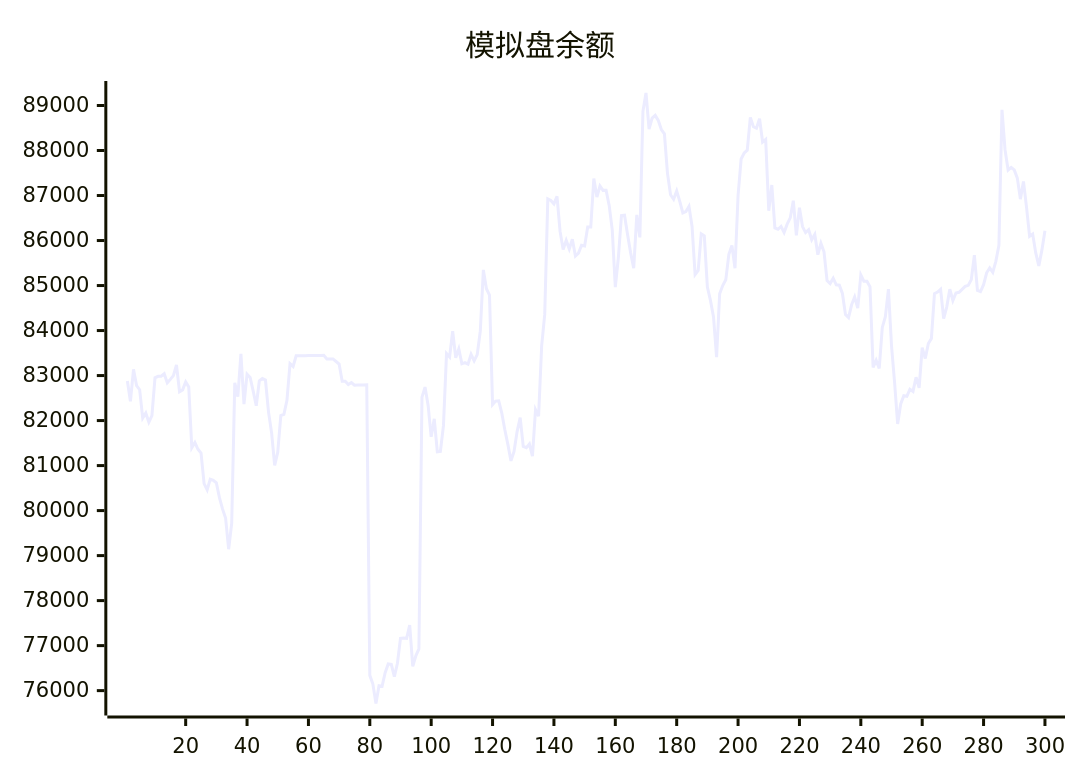
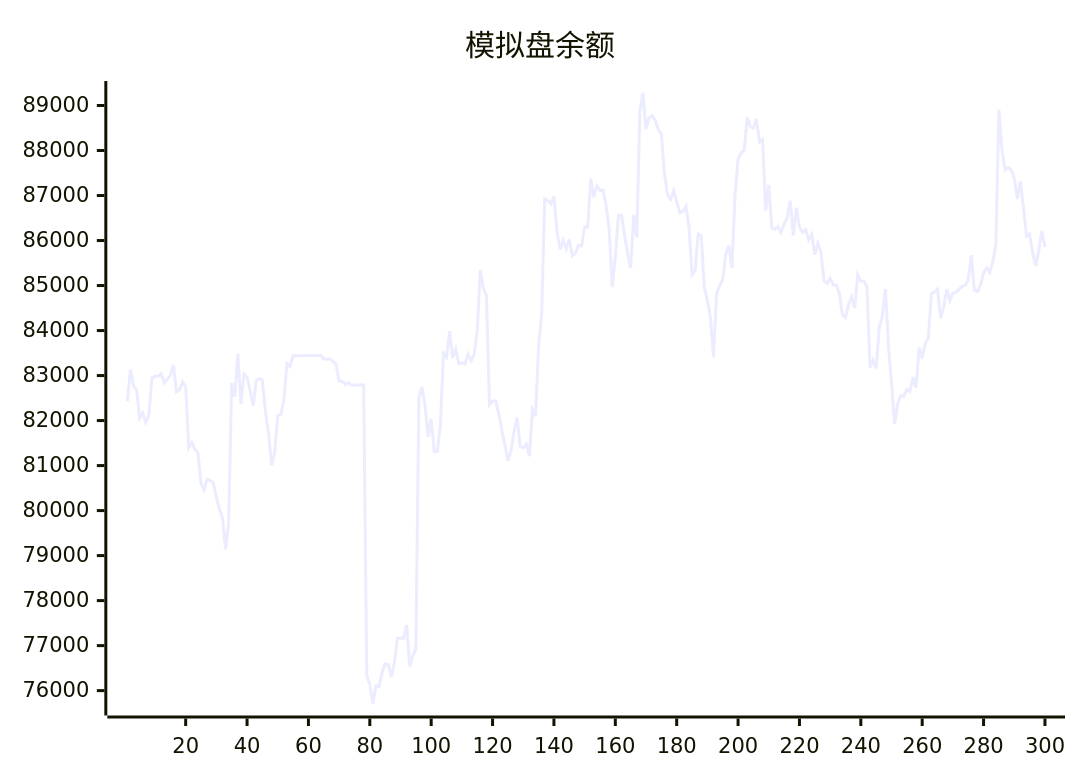
One commit to aahl/ai-trading changed the diagram in README.md. Above: the diagram before and after it, drawn with Mermaid. The commit also changed other lines of this file and 1 other file, not shown here.

````diff
--- a/README.md
+++ b/README.md
@@ -5,5 +5,5 @@
 ```mermaid
 xychart
     title "模拟盘余额"
-    line [82878,82426,83139,82778,82686,82056,82166,81963,82110,82951,82983,82984,83038,82838,82915,82998,83235,82642,82682,82858,82746,81396,81512,81362,81277,80600,80461,80699,80673,80616,80288,80038,79836,79142,79722,82837,82533,83480,82366,83032,82960,82654,82330,82883,82934,82901,82188,81728,81005,81298,82110,82135,82449,83264,83203,83440,83439,83440,83440,83446,83447,83448,83447,83448,83449,83369,83369,83369,83313,83256,82872,82873,82801,82844,82785,82791,82791,82793,82794,76339,76145,75714,76110,76096,76397,76594,76585,76310,76607,77160,77170,77160,77456,76541,76774,76927,82520,82744,82337,81639,82040,81307,81314,81887,83490,83414,83984,83396,83594,83261,83287,83253,83470,83327,83465,83987,85348,84930,84786,82355,82433,82438,82167,81795,81466,81105,81315,81756,82064,81426,81398,81481,81210,82242,82099,83658,84359,86925,86892,86814,86980,86203,85802,86003,85811,86028,85657,85721,85896,85880,86300,86299,87378,86965,87214,87115,87118,86780,86238,84966,85623,86555,86562,86129,85722,85387,86569,86070,88870,89278,88477,88720,88781,88668,88467,88372,87493,87018,86917,87102,86870,86613,86644,86758,86317,85242,85334,86149,86106,84968,84671,84302,83410,84816,85001,85127,85693,85891,85384,87001,87811,87945,88007,88734,88528,88495,88705,88189,88248,86662,87234,86279,86251,86314,86177,86364,86503,86886,86114,86731,86310,86176,86240,86017,86136,85685,85938,85749,85111,85044,85164,85016,85008,84824,84354,84287,84572,84745,84500,85234,85096,85095,84970,83180,83338,83157,84070,84309,84922,83667,82850,81924,82369,82552,82539,82695,82648,82962,82728,83619,83378,83710,83825,84819,84854,84917,84265,84527,84919,84668,84834,84850,84916,84981,85004,85131,85674,84891,84864,85019,85284,85393,85294,85538,85894,88904,88012,87567,87625,87568,87386,86920,87313,86737,86094,86143,85725,85437,85787,86219]
+    line [82426,83139,82778,82686,82056,82166,81963,82110,82951,82983,82984,83038,82838,82915,82998,83235,82642,82682,82858,82746,81396,81512,81362,81277,80600,80461,80699,80673,80616,80288,80038,79836,79142,79722,82837,82533,83480,82366,83032,82960,82654,82330,82883,82934,82901,82188,81728,81005,81298,82110,82135,82449,83264,83203,83440,83439,83440,83440,83446,83447,83448,83447,83448,83449,83369,83369,83369,83313,83256,82872,82873,82801,82844,82785,82791,82791,82793,82794,76339,76145,75714,76110,76096,76397,76594,76585,76310,76607,77160,77170,77160,77456,76541,76774,76927,82520,82744,82337,81639,82040,81307,81314,81887,83490,83414,83984,83396,83594,83261,83287,83253,83470,83327,83465,83987,85348,84930,84786,82355,82433,82438,82167,81795,81466,81105,81315,81756,82064,81426,81398,81481,81210,82242,82099,83658,84359,86925,86892,86814,86980,86203,85802,86003,85811,86028,85657,85721,85896,85880,86300,86299,87378,86965,87214,87115,87118,86780,86238,84966,85623,86555,86562,86129,85722,85387,86569,86070,88870,89278,88477,88720,88781,88668,88467,88372,87493,87018,86917,87102,86870,86613,86644,86758,86317,85242,85334,86149,86106,84968,84671,84302,83410,84816,85001,85127,85693,85891,85384,87001,87811,87945,88007,88734,88528,88495,88705,88189,88248,86662,87234,86279,86251,86314,86177,86364,86503,86886,86114,86731,86310,86176,86240,86017,86136,85685,85938,85749,85111,85044,85164,85016,85008,84824,84354,84287,84572,84745,84500,85234,85096,85095,84970,83180,83338,83157,84070,84309,84922,83667,82850,81924,82369,82552,82539,82695,82648,82962,82728,83619,83378,83710,83825,84819,84854,84917,84265,84527,84919,84668,84834,84850,84916,84981,85004,85131,85674,84891,84864,85019,85284,85393,85294,85538,85894,88904,88012,87567,87625,87568,87386,86920,87313,86737,86094,86143,85725,85437,85787,86219,85859]
 ```
````
